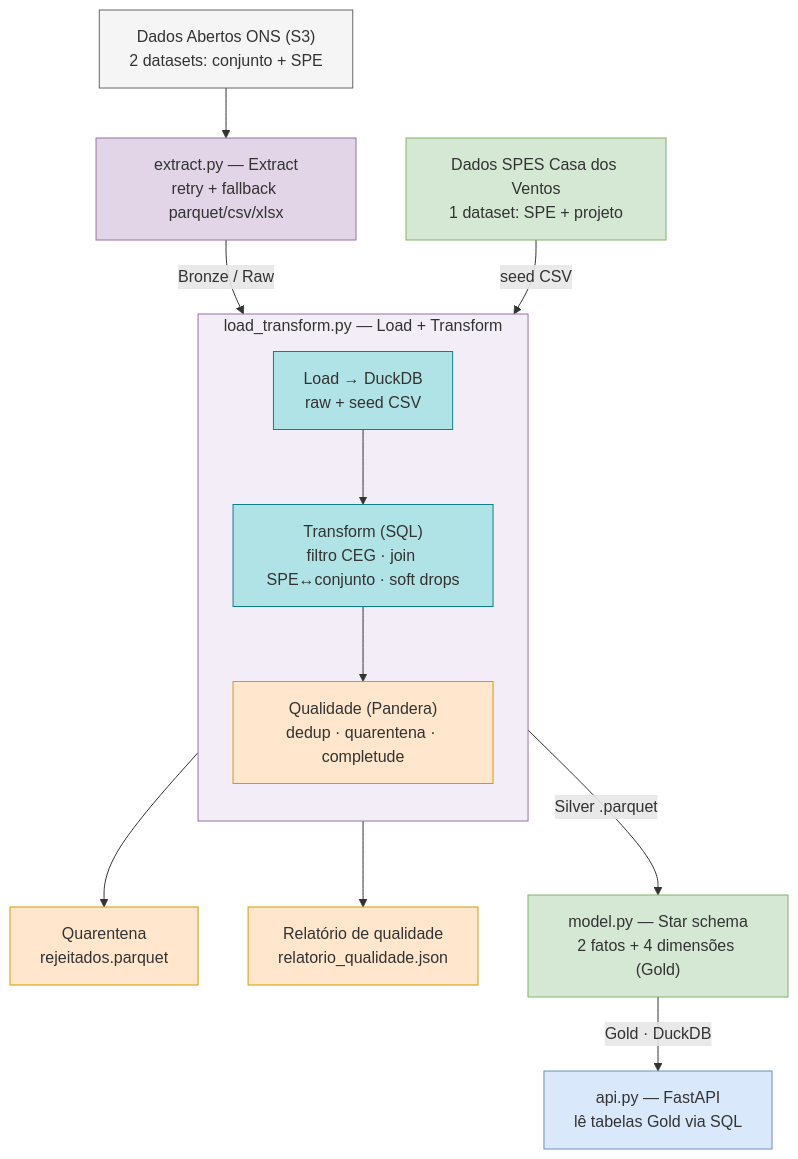
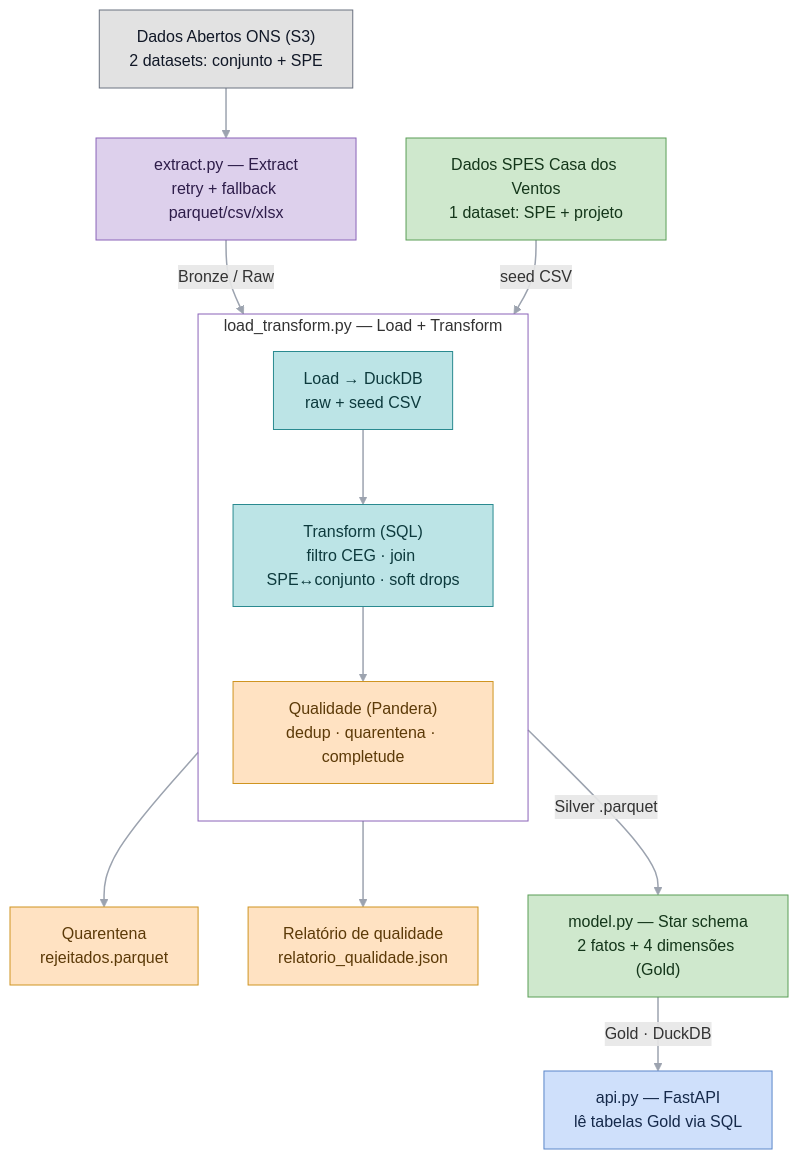
One commit to liviabelo15/case_analytics_data_eng changed the diagram in README.md. Above: the diagram before and after it, drawn with Mermaid.

Commit message:
docs:mudança de cores - arquitetura

````diff
--- a/README.md
+++ b/README.md
@@ -21,44 +21,45 @@
 ```mermaid
 flowchart TD
     ons["Dados Abertos ONS (S3)<br/>2 datasets: conjunto + SPE"]
     spescdv["Dados SPES Casa dos Ventos<br/>1 dataset: SPE + projeto"]
     extract["extract.py — Extract<br/>retry + fallback parquet/csv/xlsx"]
 
     subgraph lt["load_transform.py — Load + Transform"]
         direction TB
         load["Load → DuckDB<br/>raw + seed CSV"]
         transform["Transform (SQL)<br/>filtro CEG · join SPE↔conjunto · soft drops"]
         qual["Qualidade (Pandera)<br/>dedup · quarentena · completude"]
         load --> transform --> qual
     end
 
     quar["Quarentena<br/>rejeitados.parquet"]
     relat["Relatório de qualidade<br/>relatorio_qualidade.json"]
     model["model.py — Star schema<br/>2 fatos + 4 dimensões (Gold)"]
     api["api.py — FastAPI<br/>lê tabelas Gold via SQL"]
 
     ons --> extract
     extract -->|"Bronze / Raw"| load
     spescdv -->|"seed CSV"| load
     qual --> quar
     qual --> relat
     lt -->|"Silver .parquet"| model
     model -->|"Gold · DuckDB"| api
 
-    classDef gray fill:#f5f5f5,stroke:#666666,color:#333333
-    classDef purple fill:#e1d5e7,stroke:#9673a6,color:#333333
-    classDef teal fill:#b0e3e6,stroke:#0e8088,color:#333333
-    classDef amber fill:#ffe6cc,stroke:#d79b00,color:#333333
-    classDef green fill:#d5e8d4,stroke:#82b366,color:#333333
-    classDef blue fill:#dae8fc,stroke:#6c8ebf,color:#333333
+    classDef gray   fill:#e2e2e2,stroke:#6b7280,color:#111827
+    classDef purple fill:#ddd0ec,stroke:#8a63b8,color:#2e1d4a
+    classDef teal   fill:#bce4e6,stroke:#2a8a90,color:#0d3a3d
+    classDef amber  fill:#ffe2c2,stroke:#cf9420,color:#5c3a08
+    classDef green  fill:#cfe8cd,stroke:#5a9e57,color:#14361a
+    classDef blue   fill:#cfe0fb,stroke:#5a86c9,color:#15294a
 
     class ons gray
     class spescdv green
     class extract purple
     class load,transform teal
     class qual,quar,relat amber
     class model green
     class api blue
 
-    style lt fill:#f3edf7,stroke:#9673a6
+    style lt fill:transparent,stroke:#8a63b8
+    linkStyle default stroke:#9ca3af,stroke-width:1.5px
 ```
````
